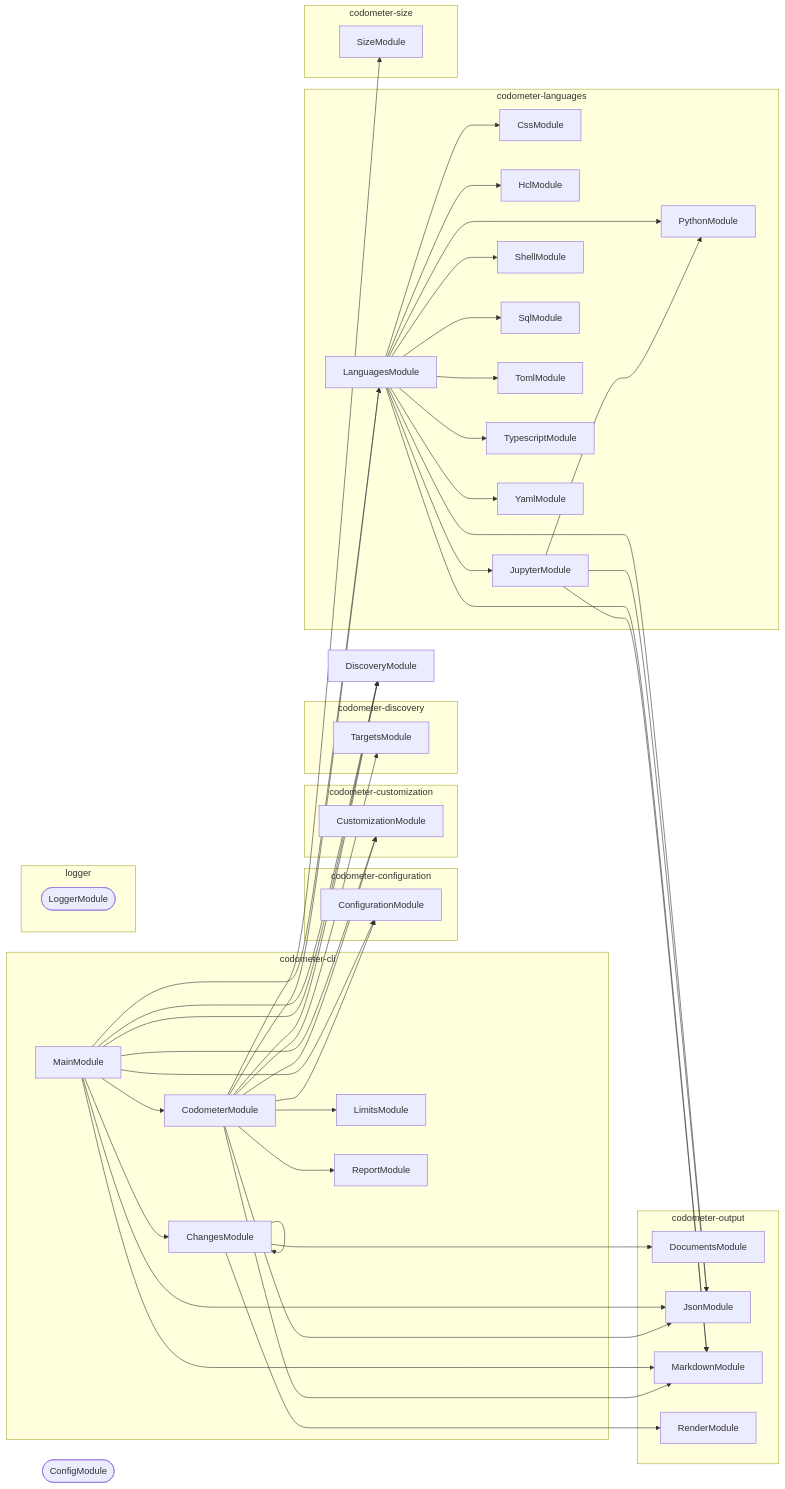
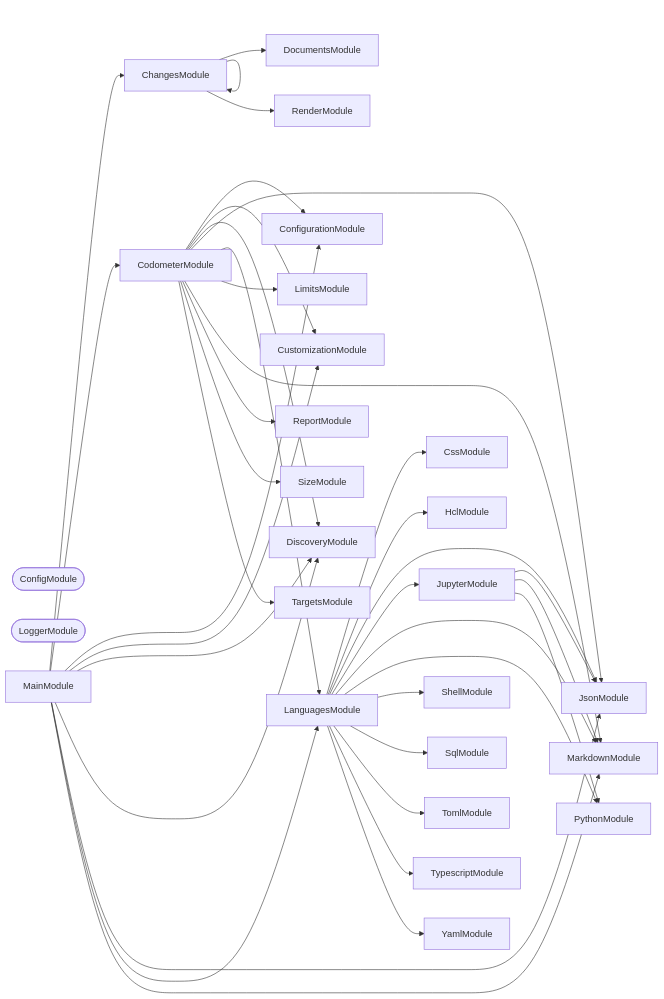
The second of 3 diagrams in packages/codometer-cli/README.md (JimmyPaolini/codebase), drawn with Mermaid before and after one commit. The commit also changed other lines of this file and 241 other files, not shown here.

First line of the commit message:
feat(codependix,synchronization,deployments,documentation,codebase): ✨ add the codependix dependency-graph export suite (#335)

````diff
--- a/packages/codometer-cli/README.md
+++ b/packages/codometer-cli/README.md
@@ -462,81 +688,65 @@
 ```mermaid
 flowchart LR
-  subgraph group0["codometer-cli"]
-    ChangesModule
-    CodometerModule
-    LimitsModule
-    MainModule
-    ReportModule
-  end
-  subgraph group1["codometer-configuration"]
-    ConfigurationModule
-  end
-  subgraph group2["codometer-customization"]
-    CustomizationModule
-  end
-  subgraph group3["codometer-discovery"]
-    TargetsModule
-  end
-  subgraph group4["codometer-languages"]
-    CssModule
-    HclModule
-    JupyterModule
-    LanguagesModule
-    PythonModule
-    ShellModule
-    SqlModule
-    TomlModule
-    TypescriptModule
-    YamlModule
-  end
-  subgraph group5["codometer-output"]
-    DocumentsModule
-    JsonModule
-    MarkdownModule
-    RenderModule
-  end
-  subgraph group6["codometer-size"]
-    SizeModule
-  end
-  subgraph group7["logger"]
-    LoggerModule([LoggerModule])
-  end
+  ChangesModule
+  CodometerModule
   ConfigModule([ConfigModule])
+  ConfigurationModule
+  CssModule
+  CustomizationModule
   DiscoveryModule
+  DocumentsModule
+  HclModule
+  JsonModule
+  JupyterModule
+  LanguagesModule
+  LimitsModule
+  LoggerModule([LoggerModule])
+  MainModule
+  MarkdownModule
+  PythonModule
+  RenderModule
+  ReportModule
+  ShellModule
+  SizeModule
+  SqlModule
+  TargetsModule
+  TomlModule
+  TypescriptModule
+  YamlModule
   ChangesModule --> ChangesModule
   ChangesModule --> DocumentsModule
   ChangesModule --> RenderModule
   CodometerModule --> ConfigurationModule
   CodometerModule --> CustomizationModule
   CodometerModule --> DiscoveryModule
   CodometerModule --> JsonModule
   CodometerModule --> LanguagesModule
   CodometerModule --> LimitsModule
   CodometerModule --> MarkdownModule
   CodometerModule --> ReportModule
   CodometerModule --> SizeModule
   CodometerModule --> TargetsModule
   JupyterModule --> JsonModule
   JupyterModule --> MarkdownModule
   JupyterModule --> PythonModule
   LanguagesModule --> CssModule
   LanguagesModule --> HclModule
   LanguagesModule --> JsonModule
   LanguagesModule --> JupyterModule
   LanguagesModule --> MarkdownModule
   LanguagesModule --> PythonModule
   LanguagesModule --> ShellModule
   LanguagesModule --> SqlModule
   LanguagesModule --> TomlModule
   LanguagesModule --> TypescriptModule
   LanguagesModule --> YamlModule
   MainModule --> ChangesModule
   MainModule --> CodometerModule
   MainModule --> ConfigurationModule
   MainModule --> CustomizationModule
   MainModule --> DiscoveryModule
   MainModule --> DiscoveryModule
   MainModule --> JsonModule
   MainModule --> LanguagesModule
   MainModule --> MarkdownModule
 ```
````
